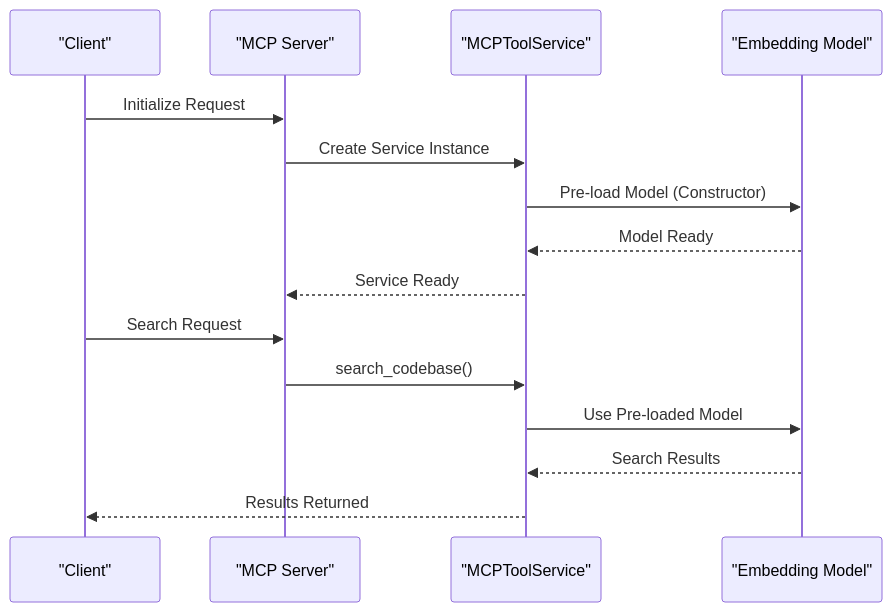
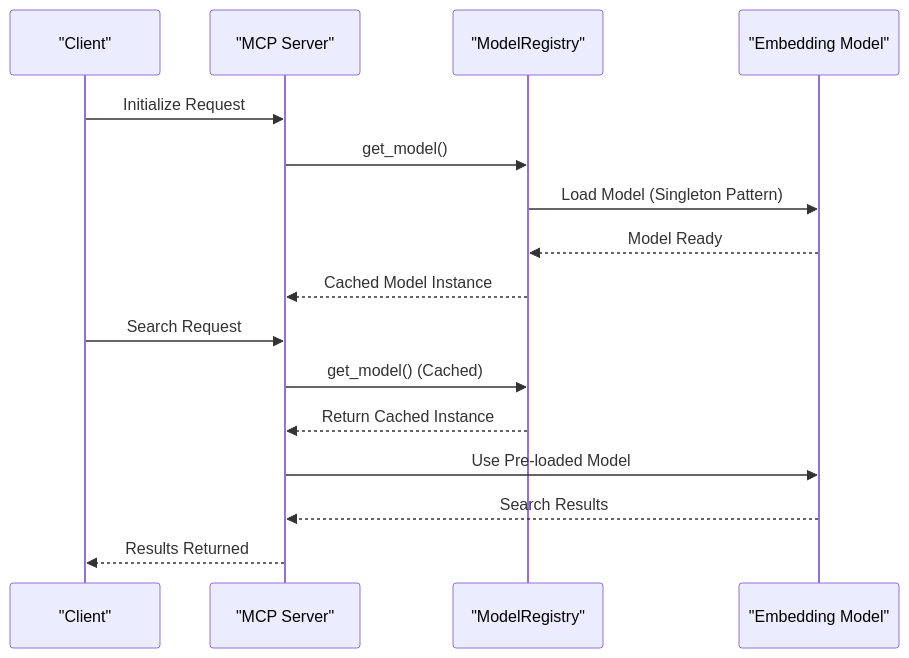
Before and after one commit to maemreyo/zmr-ctx-paker: the third of 8 diagrams in .qoder/repowiki/en/content/Performance & Optimization/MCP Performance Optimization Guide.md, drawn with Mermaid. The commit also changed other lines of this file and 94 other files, not shown here.

````diff
--- a/.qoder/repowiki/en/content/Performance & Optimization/MCP Performance Optimization Guide.md
+++ b/.qoder/repowiki/en/content/Performance & Optimization/MCP Performance Optimization Guide.md
@@ -186,17 +191,18 @@
 ```mermaid
 sequenceDiagram
 participant Client as "Client"
 participant Server as "MCP Server"
-participant Service as "MCPToolService"
+participant Registry as "ModelRegistry"
 participant Model as "Embedding Model"
 Client->>Server : Initialize Request
-Server->>Service : Create Service Instance
-Service->>Model : Pre-load Model (Constructor)
-Model-->>Service : Model Ready
-Service-->>Server : Service Ready
+Server->>Registry : get_model()
+Registry->>Model : Load Model (Singleton Pattern)
+Model-->>Registry : Model Ready
+Registry-->>Server : Cached Model Instance
 Client->>Server : Search Request
-Server->>Service : search_codebase()
-Service->>Model : Use Pre-loaded Model
-Model-->>Service : Search Results
-Service-->>Client : Results Returned
+Server->>Registry : get_model() (Cached)
+Registry-->>Server : Return Cached Instance
+Server->>Model : Use Pre-loaded Model
+Model-->>Server : Search Results
+Server-->>Client : Results Returned
 ```
````
